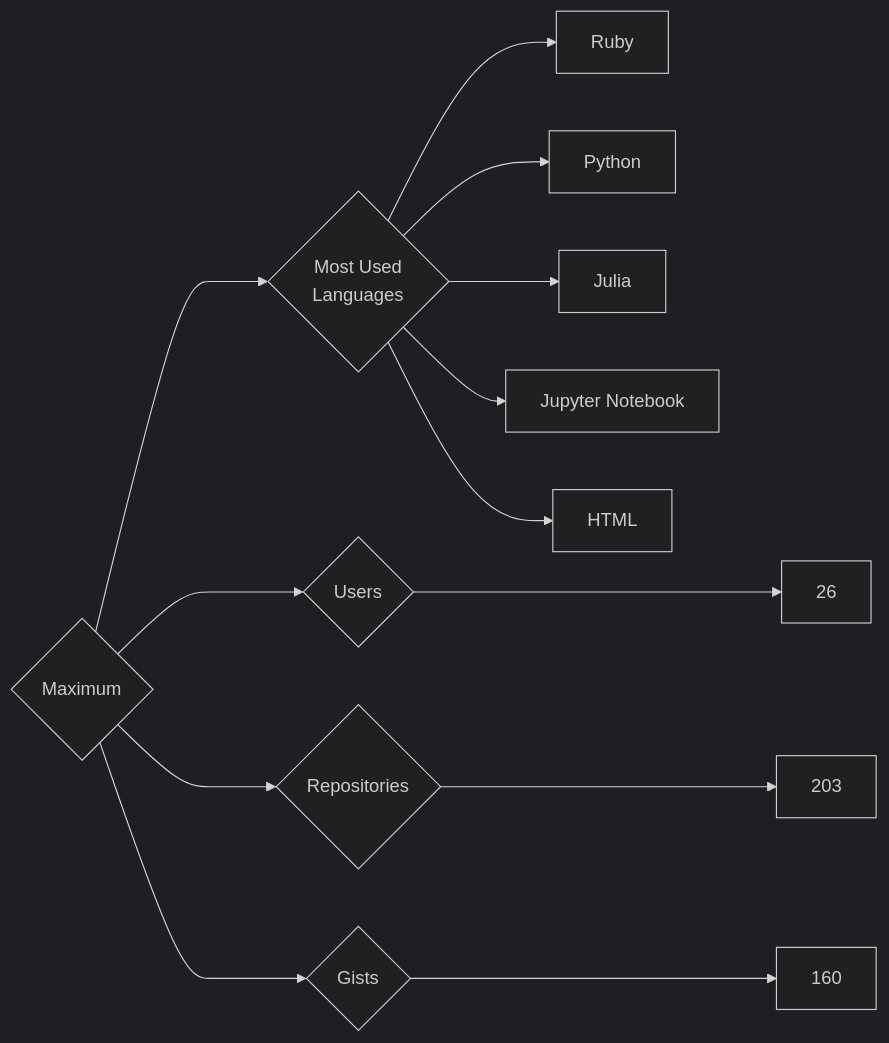
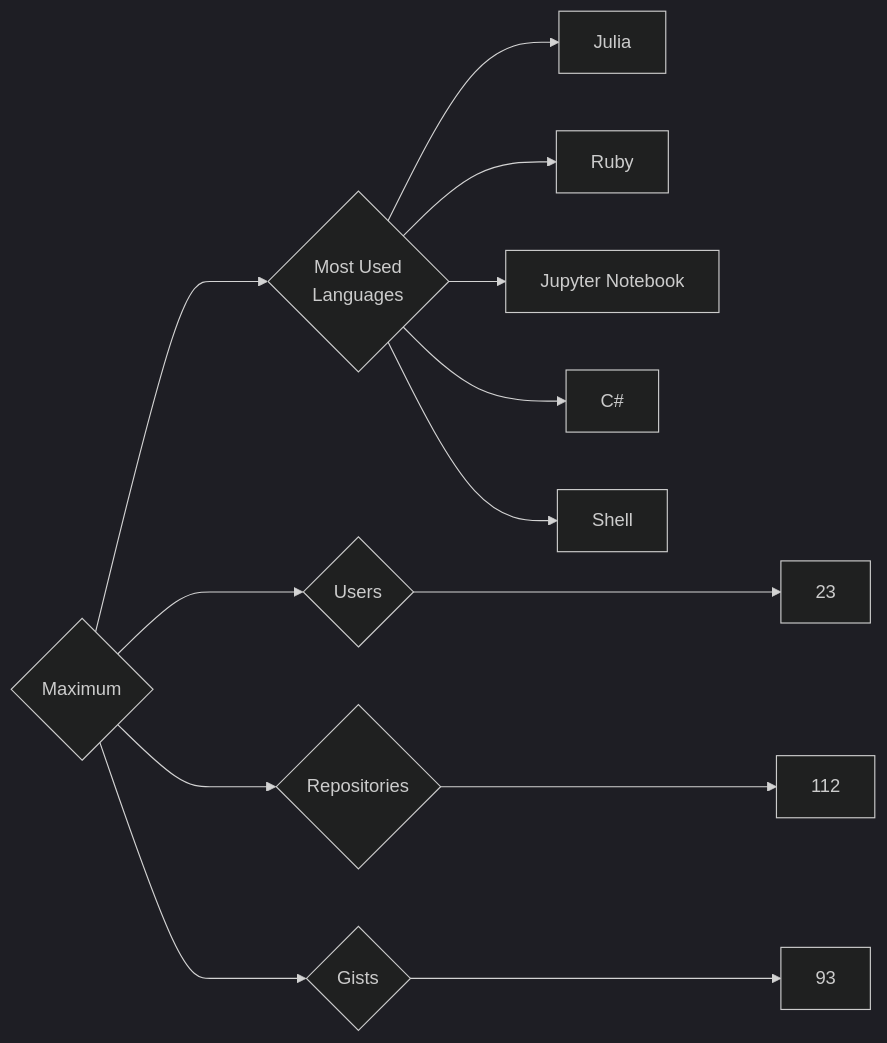
One commit to trickest/insiders changed the diagram in targets/Maximum/README.md. Above: the diagram before and after it, drawn with Mermaid (dark theme). The commit also changed 839 other files, not shown here.

````diff
--- a/targets/Maximum/README.md
+++ b/targets/Maximum/README.md
@@ -3,13 +3,13 @@
 ```mermaid
 graph LR
 COMPANY_NAME{Maximum}
-COMPANY_NAME ---> U{Users} ---> UN[26]
-COMPANY_NAME ---> R{Repositories} ---> RN[203]
-COMPANY_NAME ---> G{Gists} ---> GN[160]
+COMPANY_NAME ---> U{Users} ---> UN[23]
+COMPANY_NAME ---> R{Repositories} ---> RN[112]
+COMPANY_NAME ---> G{Gists} ---> GN[93]
 COMPANY_NAME ---> ML{Most Used<br>Languages}
+ML --> Julia[Julia]
 ML --> Ruby[Ruby]
-ML --> Python[Python]
-ML --> Julia[Julia]
 ML --> Jupyter_Notebook[Jupyter Notebook]
-ML --> HTML[HTML]
+ML --> C#[C#]
+ML --> Shell[Shell]
 ```
````
